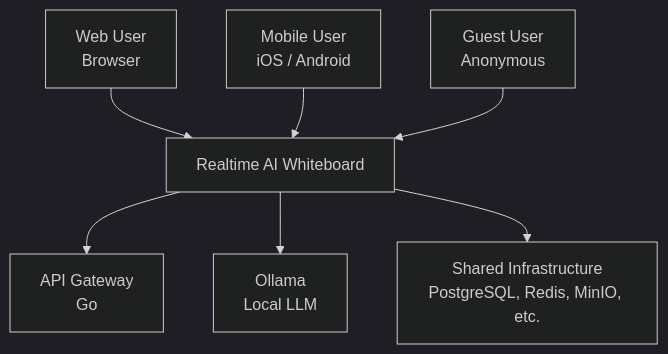
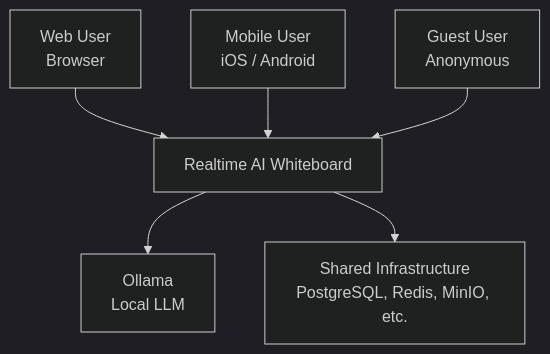
Before and after one commit to Eyolf6Coyote7/Eyolf6Coyote7: the first of 10 diagrams in realtime_ai_whiteboard/docs/system_architecture.md, drawn with Mermaid (dark theme). The commit also changed other lines of this file and 1 other file, not shown here.

First line of the commit message:
🎨style#46: apply Gemini review fixes for Whiteboard Architecture

````diff
--- a/realtime_ai_whiteboard/docs/system_architecture.md
+++ b/realtime_ai_whiteboard/docs/system_architecture.md
@@ -11,9 +11,8 @@
 ```mermaid
 graph TD
   U_WEB[Web User<br/>Browser] --> SYS[Realtime AI Whiteboard]
   U_MOB[Mobile User<br/>iOS / Android] --> SYS
   U_GUEST[Guest User<br/>Anonymous] --> SYS
-  SYS --> GW[API Gateway<br/>Go]
   SYS --> OLLAMA[Ollama<br/>Local LLM]
   SYS --> INFRA[Shared Infrastructure<br/>PostgreSQL, Redis, MinIO, etc.]
 ```
````
